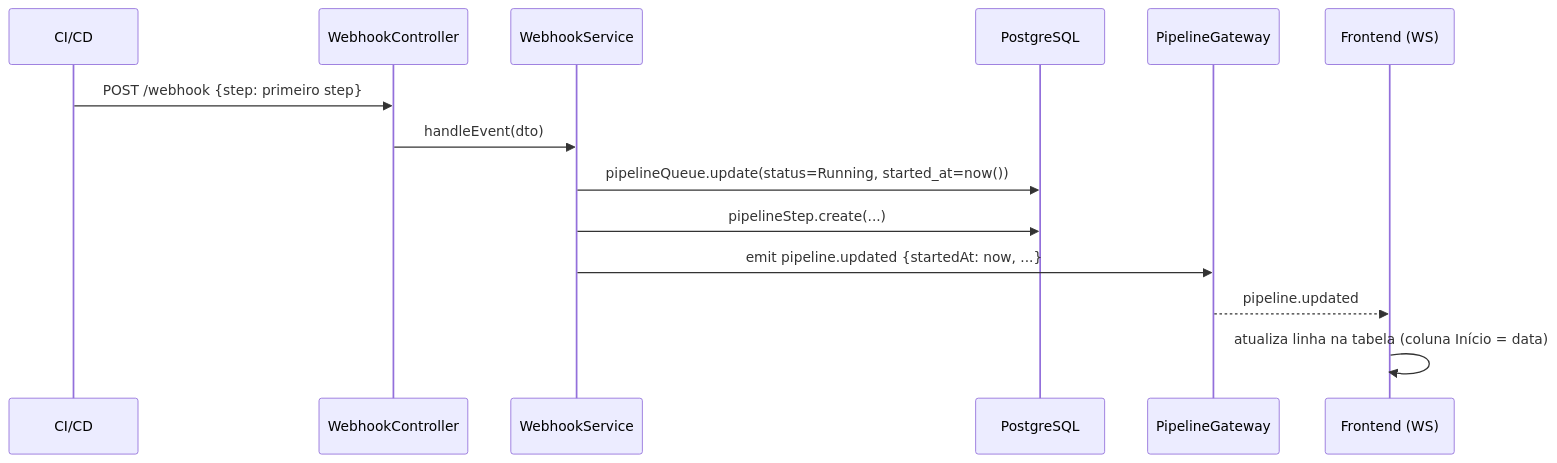
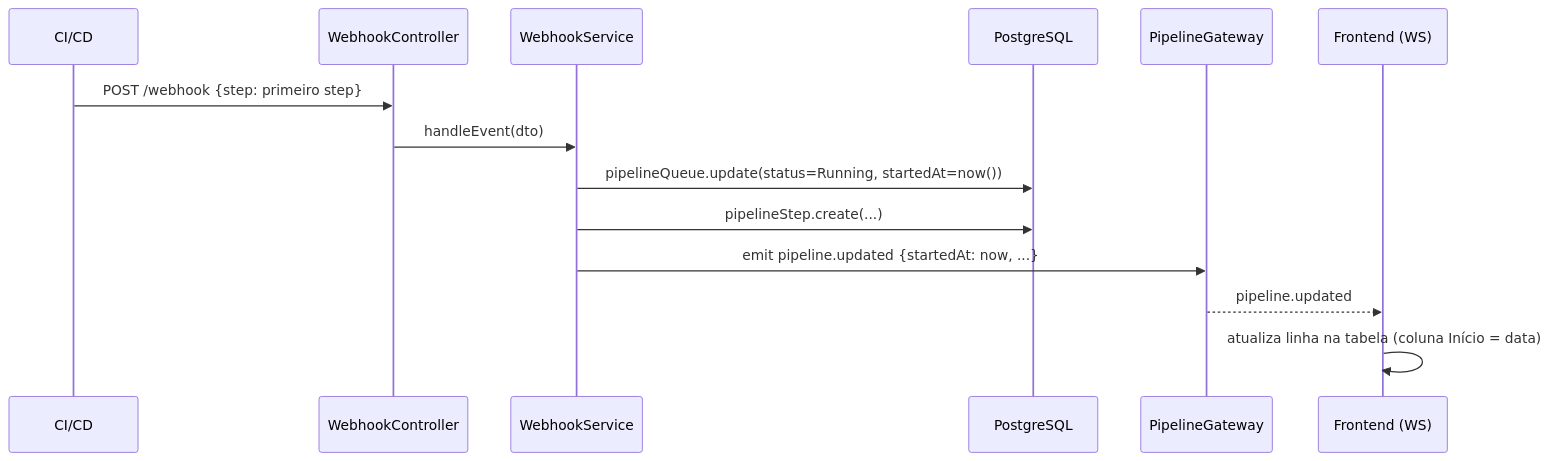
Before and after one commit to adaptwebtech/monitor-deploy: the third of 8 diagrams in docs/specs/pipeline-queue-timestamps.md, drawn with Mermaid. The commit also changed other lines of this file and 21 other files, not shown here.

````diff
--- a/docs/specs/pipeline-queue-timestamps.md
+++ b/docs/specs/pipeline-queue-timestamps.md
@@ -152,17 +152,17 @@
 ```mermaid
 sequenceDiagram
     participant CI as CI/CD
     participant WH as WebhookController
     participant WS_SVC as WebhookService
     participant DB as PostgreSQL
     participant GW as PipelineGateway
     participant FE as Frontend (WS)
 
     CI->>WH: POST /webhook {step: primeiro step}
     WH->>WS_SVC: handleEvent(dto)
-    WS_SVC->>DB: pipelineQueue.update(status=Running, started_at=now())
+    WS_SVC->>DB: pipelineQueue.update(status=Running, startedAt=now())
     WS_SVC->>DB: pipelineStep.create(...)
     WS_SVC->>GW: emit pipeline.updated {startedAt: now, ...}
     GW-->>FE: pipeline.updated
     FE->>FE: atualiza linha na tabela (coluna Início = data)
 ```
````
